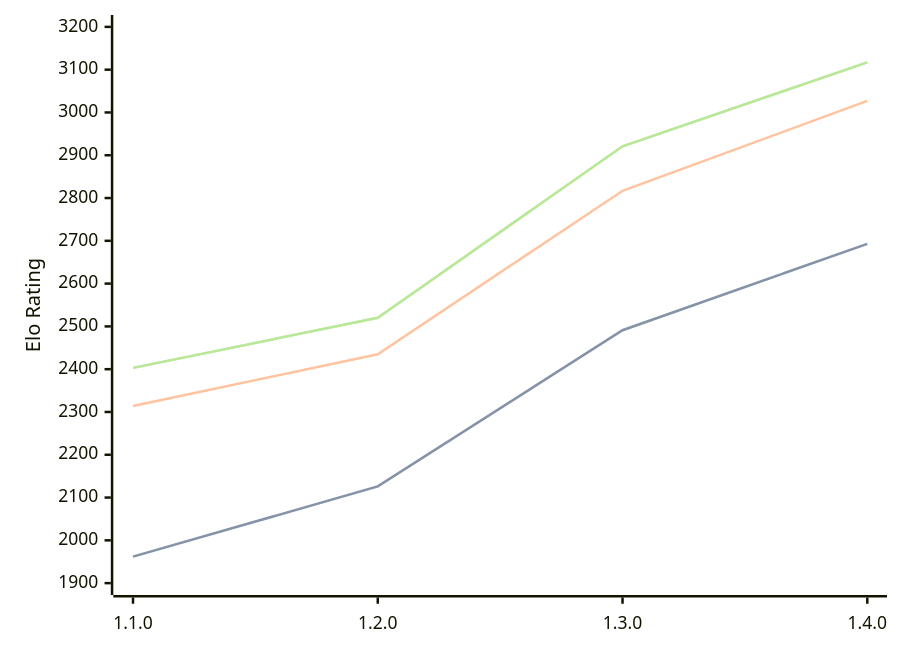
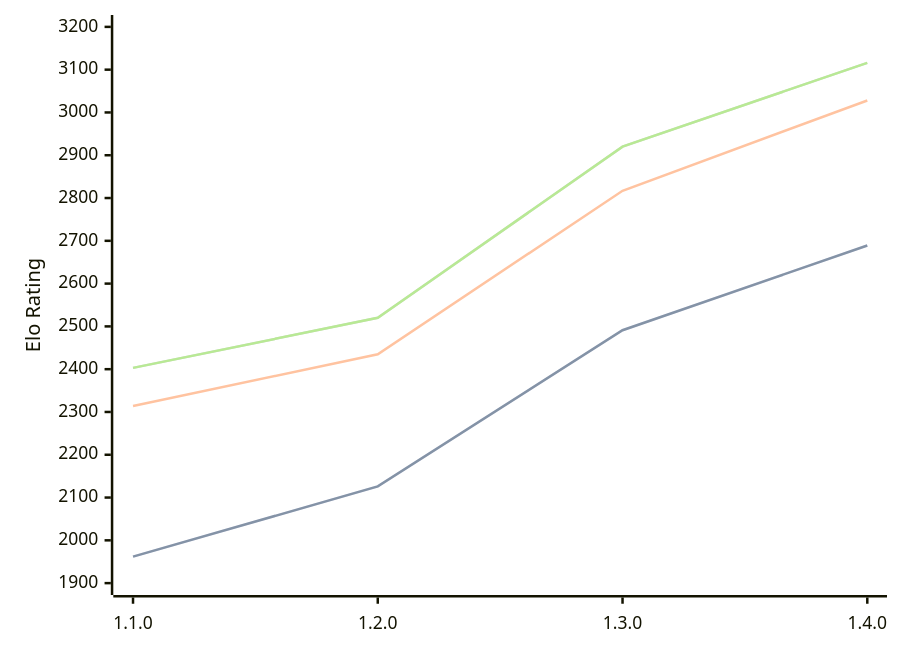
One commit to computer-chess-index/cci changed the diagram in engines/Gyatso.md. Above: the diagram before and after it, drawn with Mermaid. The commit also changed other lines of this file, not shown here.

Commit message:
Update CCI Ratings (ELO VLTC) - 2026-09-03

````diff
--- a/engines/Gyatso.md
+++ b/engines/Gyatso.md
@@ -36,11 +36,11 @@
 ```mermaid
 %%{init: {"theme":"base","themeVariables":{"seriesColors:['#a3a3a3','#222221','#faa371']}}}%%
 xychart-beta
   x-axis ["1.1.0", "1.2.0", "1.3.0", "1.4.0"]
   y-axis "Elo Rating" 1900 --> 3200
-  line "" [1962, 2126, 2491, 2693]
-  line "STC (8.0+0.08s)" [1962, 2126, 2491, 2693]
-  line "LTC (60.0+0.60s)" [2314, 2435, 2817, 3027]
-  line "" [2403, 2520, 2921, 3117]
-  line "VLTC (2m24s+1.12s)" [2403, 2520, 2921, 3117]
+  line "" [1962, 2126, 2491, 2689]
+  line "STC (8.0+0.08s)" [1962, 2126, 2491, 2689]
+  line "LTC (60.0+0.60s)" [2314, 2435, 2817, 3028]
+  line "" [2403, 2520, 2920, 3116]
+  line "VLTC (2m24s+1.12s)" [2403, 2520, 2920, 3116]
 ```
````
